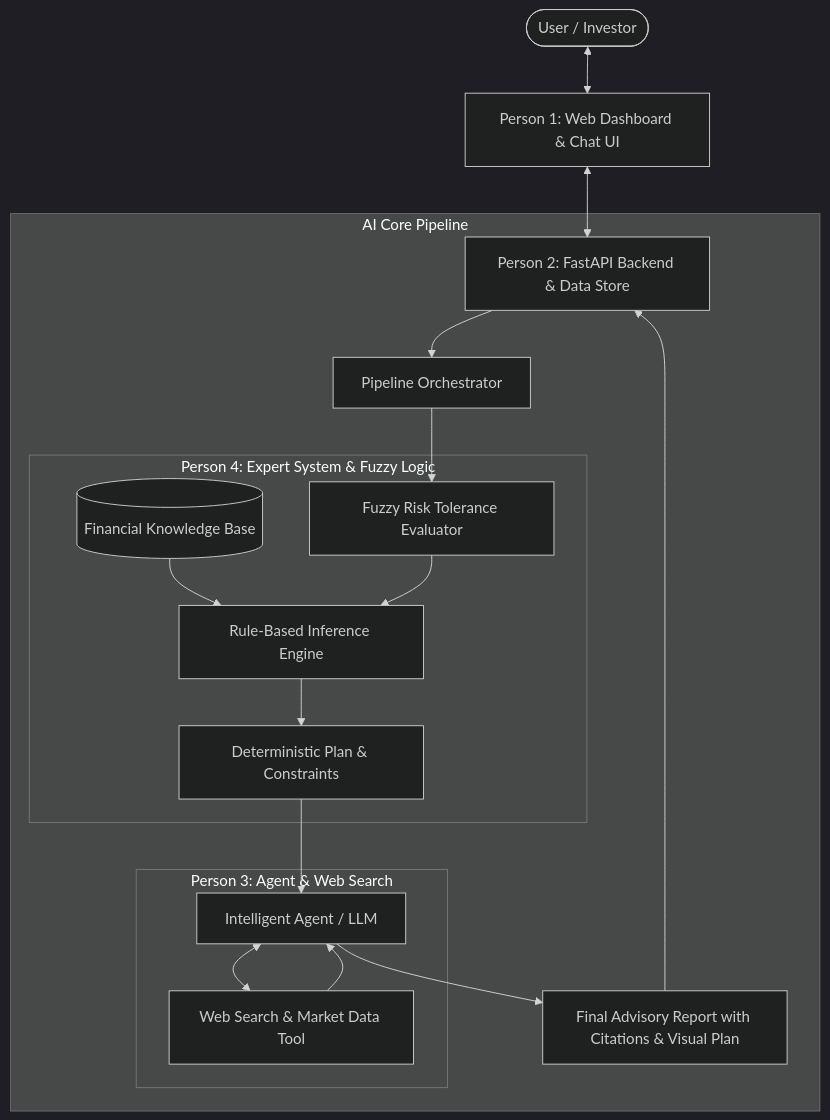
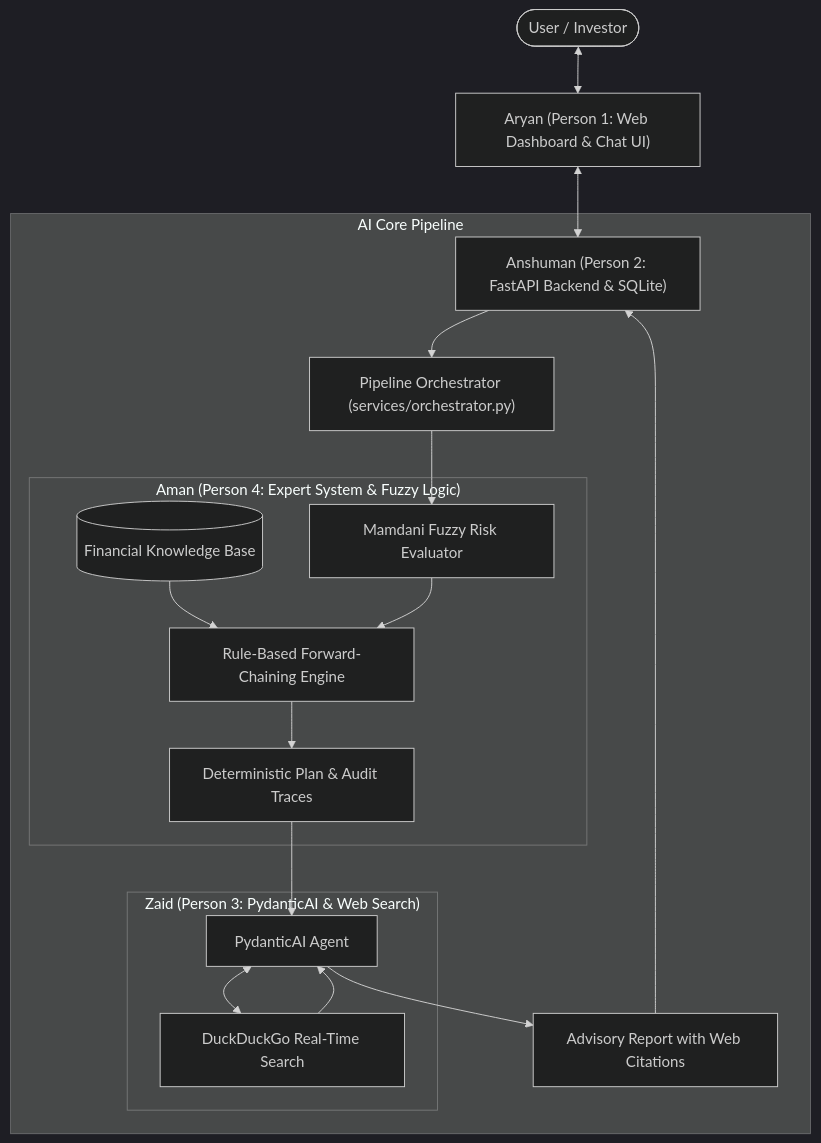
The diagram in README.md (Anshu666666/ai-project-financial-advisory-system), drawn with Mermaid (dark theme) before and after one commit. The commit also changed other lines of this file and 1 other file, not shown here.

Commit message:
docs: update system architecture and sequence diagrams with team names and implementation stack

````diff
--- a/README.md
+++ b/README.md
@@ -44,26 +44,26 @@
 ```mermaid
 flowchart TD
-    User([User / Investor]) <--> UI[Person 1: Web Dashboard & Chat UI]
-    UI <--> API[Person 2: FastAPI Backend & Data Store]
+    User([User / Investor]) <--> UI["Aryan (Person 1: Web Dashboard & Chat UI)"]
+    UI <--> API["Anshuman (Person 2: FastAPI Backend & SQLite)"]
     
     subgraph AI Core Pipeline
-        API --> Orchestrator[Pipeline Orchestrator]
+        API --> Orchestrator["Pipeline Orchestrator (services/orchestrator.py)"]
         
-        subgraph Syllabus Module [Person 4: Expert System & Fuzzy Logic]
-            KB[(Financial Knowledge Base)] --> RuleEngine[Rule-Based Inference Engine]
-            FuzzyEngine[Fuzzy Risk Tolerance Evaluator] --> RuleEngine
-            RuleEngine --> FinancialAudit[Deterministic Plan & Constraints]
+        subgraph Syllabus Module ["Aman (Person 4: Expert System & Fuzzy Logic)"]
+            KB[("Financial Knowledge Base")] --> RuleEngine["Rule-Based Forward-Chaining Engine"]
+            FuzzyEngine["Mamdani Fuzzy Risk Evaluator"] --> RuleEngine
+            RuleEngine --> FinancialAudit["Deterministic Plan & Audit Traces"]
         end
         
-        subgraph Modern AI Module [Person 3: Agent & Web Search]
-            SearchTool[Web Search & Market Data Tool] --> AgentLoop[Intelligent Agent / LLM]
+        subgraph Modern AI Module ["Zaid (Person 3: PydanticAI & Web Search)"]
+            SearchTool["DuckDuckGo Real-Time Search"] --> AgentLoop["PydanticAI Agent"]
             AgentLoop <--> SearchTool
         end
         
         Orchestrator --> FuzzyEngine
         FinancialAudit --> AgentLoop
-        AgentLoop --> Synthesis[Final Advisory Report with Citations & Visual Plan]
+        AgentLoop --> Synthesis["Advisory Report with Web Citations"]
     end
     
     Synthesis --> API
 ```
````
